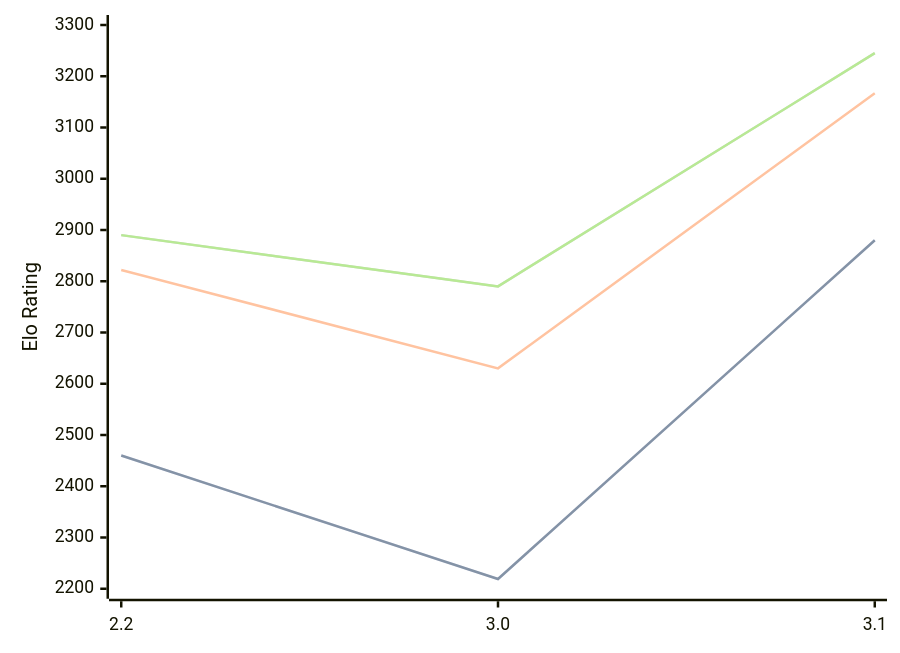
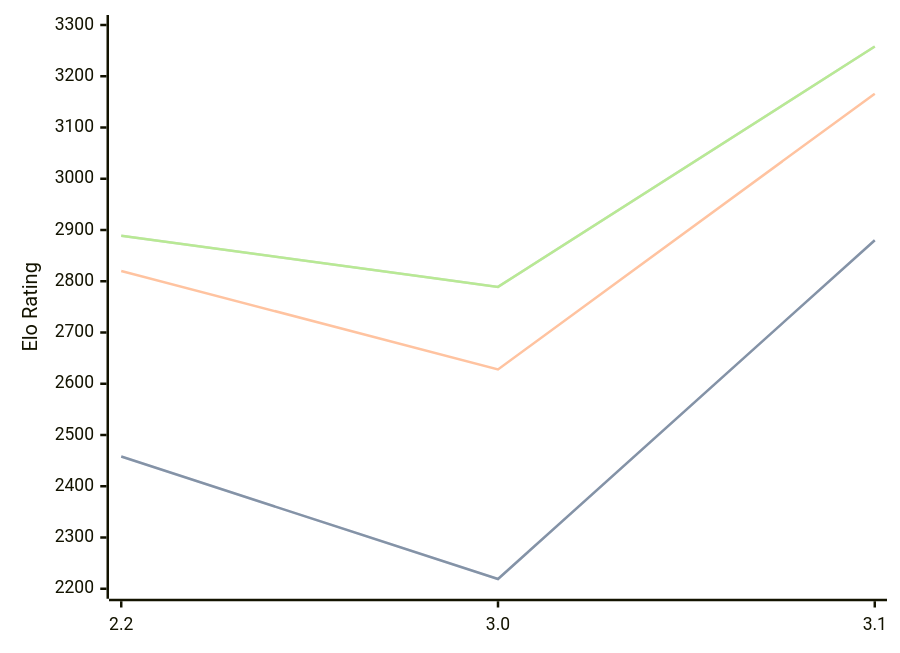
The diagram in engines/Thrawn.md (computer-chess-index/cci), drawn with Mermaid before and after one commit. The commit also changed other lines of this file, not shown here.

Commit message:
Update CCI Ratings (ELO VLTC) - 2026-08-04

````diff
--- a/engines/Thrawn.md
+++ b/engines/Thrawn.md
@@ -41,11 +41,11 @@
 ```mermaid
 %%{init: {"theme":"base","themeVariables":{"seriesColors:['#a3a3a3','#222221','#faa371']}}}%%
 xychart-beta
   x-axis ["2.2", "3.0", "3.1"]
   y-axis "Elo Rating" 2200 --> 3300
-  line "STC (8.0+0.08s)" [2460, 2219, 2880]
-  line "STC (8.0+0.08s)" [2460, 2219, 2880]
-  line "LTC (60.0+0.60s)" [2822, 2630, 3167]
-  line "VLTC (2m24s+1.12s)" [2890, 2790, 3245]
-  line "VLTC (2m24s+1.12s)" [2890, 2790, 3245]
+  line "STC (8.0+0.08s)" [2458, 2219, 2880]
+  line "STC (8.0+0.08s)" [2458, 2219, 2880]
+  line "LTC (60.0+0.60s)" [2820, 2628, 3166]
+  line "VLTC (2m24s+1.12s)" [2889, 2789, 3258]
+  line "VLTC (2m24s+1.12s)" [2889, 2789, 3258]
 ```
````
